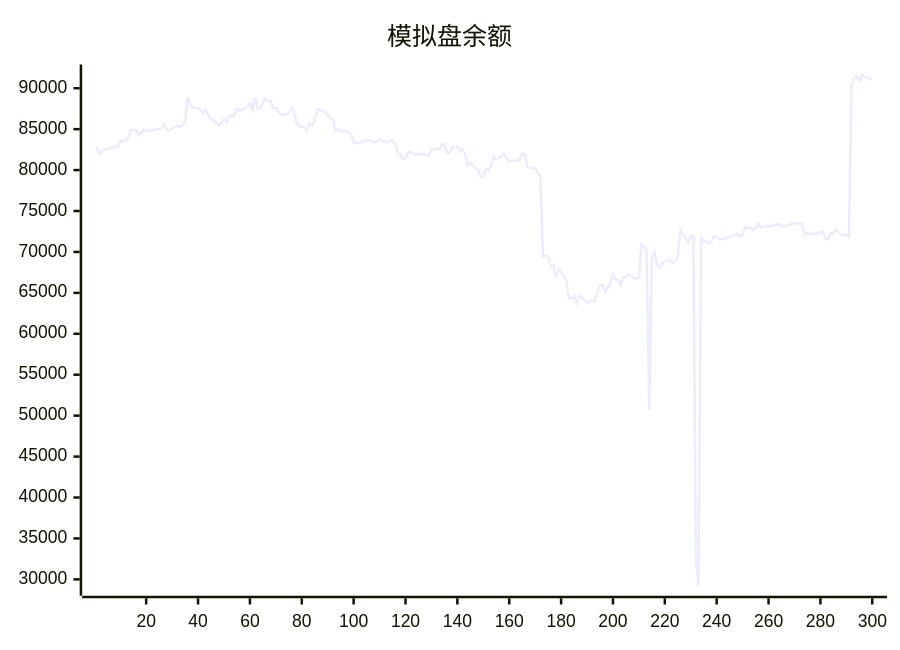
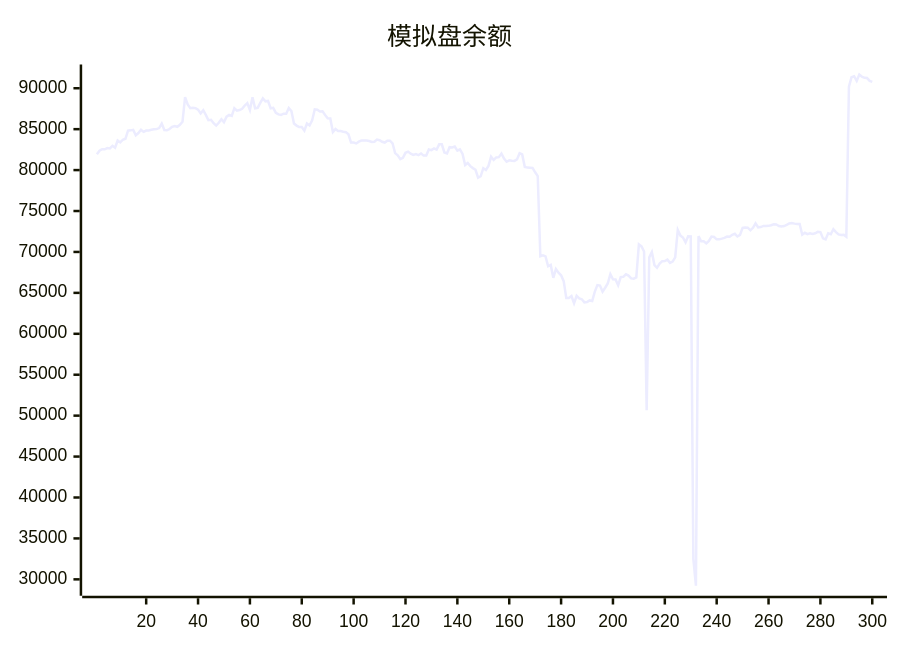
One commit to aahl/ai-trading changed the diagram in README.md. Above: the diagram before and after it, drawn with Mermaid. The commit also changed other lines of this file and 1 other file, not shown here.

````diff
--- a/README.md
+++ b/README.md
@@ -5,5 +5,5 @@
 ```mermaid
 xychart
     title "模拟盘余额"
-    line [82850,81924,82369,82552,82539,82695,82648,82962,82728,83619,83378,83710,83825,84819,84854,84917,84265,84527,84919,84668,84834,84850,84916,84981,85004,85131,85674,84891,84864,85019,85284,85393,85294,85538,85894,88904,88012,87567,87625,87568,87386,86920,87313,86737,86094,86143,85725,85437,85787,86219,85859,86526,86740,86630,87563,87264,87335,87483,87886,88180,87335,88894,87544,87608,88207,88755,88401,88444,87543,87608,87000,86810,86740,86894,86884,87576,87209,85686,85435,85251,85255,84820,85689,85453,86066,87420,87373,87161,87178,86740,86341,86315,84643,85012,84772,84768,84690,84635,84376,83360,83357,83259,83474,83608,83606,83602,83548,83440,83454,83724,83644,83464,83365,83590,83592,83275,82072,81806,81344,81492,82109,82254,82006,81848,81955,81829,82022,81769,81776,82522,82441,82656,82498,83144,83144,82150,82038,82797,82763,82872,82367,82536,81981,80612,80862,80484,80242,80034,79063,79245,80226,80016,80507,81625,81233,81544,81578,82016,81401,81019,81186,81130,81118,81306,82066,81909,80392,80304,80291,80258,79729,79261,69466,69579,69456,68251,68415,66832,67911,67462,67144,66432,64380,64375,64606,63740,64647,64324,64216,63842,63877,64078,64008,65156,65945,65888,65157,65625,66144,67284,66653,66639,65924,66925,66956,67263,67108,66766,66729,66886,70927,70673,70049,50652,69334,69973,68400,68061,68578,68876,68879,69055,68662,68822,69329,72687,71999,71760,71162,71911,71896,32500,29218,71927,71297,71305,71044,71337,71883,71822,71536,71536,71622,71723,71880,71860,72100,72216,71887,72077,72940,72976,72966,72638,72948,73497,73004,73041,73173,73160,73186,73258,73375,73351,73173,73098,73161,73305,73474,73536,73457,73413,73412,72100,72333,72164,72272,72204,72285,72461,72421,71652,71521,72267,72157,72774,72424,72144,72060,72091,71858,90185,91338,91466,90900,91678,91404,91268,91244,90903]
+    line [81924,82369,82552,82539,82695,82648,82962,82728,83619,83378,83710,83825,84819,84854,84917,84265,84527,84919,84668,84834,84850,84916,84981,85004,85131,85674,84891,84864,85019,85284,85393,85294,85538,85894,88904,88012,87567,87625,87568,87386,86920,87313,86737,86094,86143,85725,85437,85787,86219,85859,86526,86740,86630,87563,87264,87335,87483,87886,88180,87335,88894,87544,87608,88207,88755,88401,88444,87543,87608,87000,86810,86740,86894,86884,87576,87209,85686,85435,85251,85255,84820,85689,85453,86066,87420,87373,87161,87178,86740,86341,86315,84643,85012,84772,84768,84690,84635,84376,83360,83357,83259,83474,83608,83606,83602,83548,83440,83454,83724,83644,83464,83365,83590,83592,83275,82072,81806,81344,81492,82109,82254,82006,81848,81955,81829,82022,81769,81776,82522,82441,82656,82498,83144,83144,82150,82038,82797,82763,82872,82367,82536,81981,80612,80862,80484,80242,80034,79063,79245,80226,80016,80507,81625,81233,81544,81578,82016,81401,81019,81186,81130,81118,81306,82066,81909,80392,80304,80291,80258,79729,79261,69466,69579,69456,68251,68415,66832,67911,67462,67144,66432,64380,64375,64606,63740,64647,64324,64216,63842,63877,64078,64008,65156,65945,65888,65157,65625,66144,67284,66653,66639,65924,66925,66956,67263,67108,66766,66729,66886,70927,70673,70049,50652,69334,69973,68400,68061,68578,68876,68879,69055,68662,68822,69329,72687,71999,71760,71162,71911,71896,32500,29218,71927,71297,71305,71044,71337,71883,71822,71536,71536,71622,71723,71880,71860,72100,72216,71887,72077,72940,72976,72966,72638,72948,73497,73004,73041,73173,73160,73186,73258,73375,73351,73173,73098,73161,73305,73474,73536,73457,73413,73412,72100,72333,72164,72272,72204,72285,72461,72421,71652,71521,72267,72157,72774,72424,72144,72060,72091,71858,90185,91338,91466,90900,91678,91404,91268,91244,90903,90779]
 ```
````
